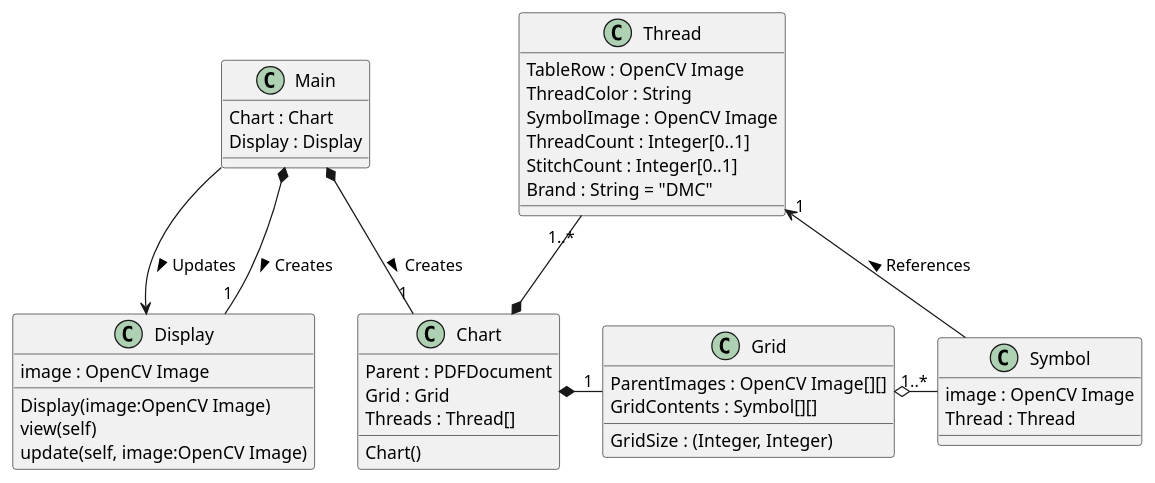
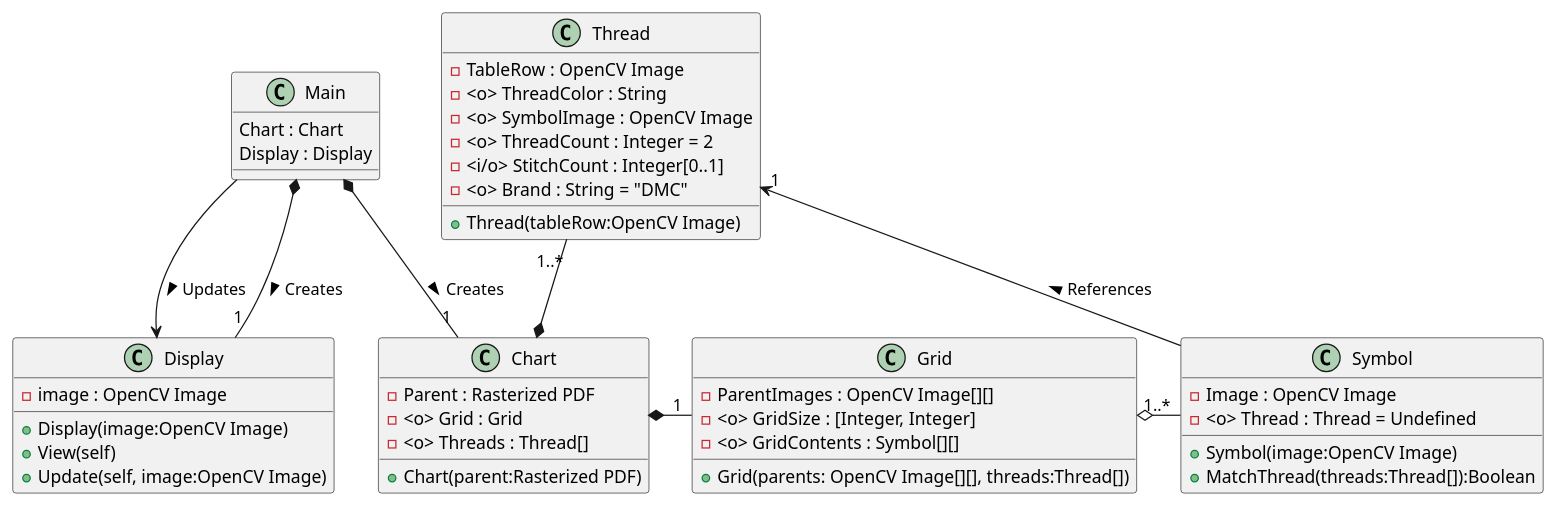
The diagram in doc/classes.md (Badwolf369/PatternSeer), drawn with PlantUML before and after one commit.

Commit message:
Update class diagram with privacy and methods

```diff
--- a/doc/classes.md
+++ b/doc/classes.md
@@ -1,45 +1,49 @@
 @startuml
 class Main {
     Chart : Chart
     Display : Display
 }
 
 class Display {
-    image : OpenCV Image
-    Display(image:OpenCV Image)
-    view(self)
-    update(self, image:OpenCV Image)
+    -image : OpenCV Image
+    +Display(image:OpenCV Image)
+    +View(self)
+    +Update(self, image:OpenCV Image)
 }
 Display "1" -u-* Main : < Creates
 Display <-u- Main : < Updates
 
 class Chart {
-    Parent : PDFDocument
-    Grid : Grid
-    Threads : Thread[]
-    Chart()
+    -Parent : Rasterized PDF
+    -<o> Grid : Grid
+    -<o> Threads : Thread[]
+    +Chart(parent:Rasterized PDF)
 }
 class Grid {
-    ParentImages : OpenCV Image[][]
-    GridSize : (Integer, Integer)
-    GridContents : Symbol[][]
+    -ParentImages : OpenCV Image[][]
+    -<o> GridSize : [Integer, Integer]
+    -<o> GridContents : Symbol[][]
+    +Grid(parents: OpenCV Image[][], threads:Thread[])
 }
 class Symbol {
-    image : OpenCV Image
-    Thread : Thread
+    -Image : OpenCV Image
+    -<o> Thread : Thread = Undefined
+    +Symbol(image:OpenCV Image)
+    +MatchThread(threads:Thread[]):Boolean
 }
 class Thread {
-    TableRow : OpenCV Image
-    ThreadColor : String
-    SymbolImage : OpenCV Image
-    ThreadCount : Integer[0..1]
-    StitchCount : Integer[0..1]
-    Brand : String = "DMC"
+    -TableRow : OpenCV Image
+    -<o> ThreadColor : String
+    -<o> SymbolImage : OpenCV Image
+    -<o> ThreadCount : Integer = 2
+    -<i/o> StitchCount : Integer[0..1]
+    -<o> Brand : String = "DMC"
+    +Thread(tableRow:OpenCV Image)
 }
 
 Chart "1" -u-* Main : < Creates
 Thread "1..*" -d-* Chart
 Thread "1" <-d- Symbol: < References
 Symbol "1..*" -l-o Grid
 Grid "1" -l-* Chart
 @enduml
```
